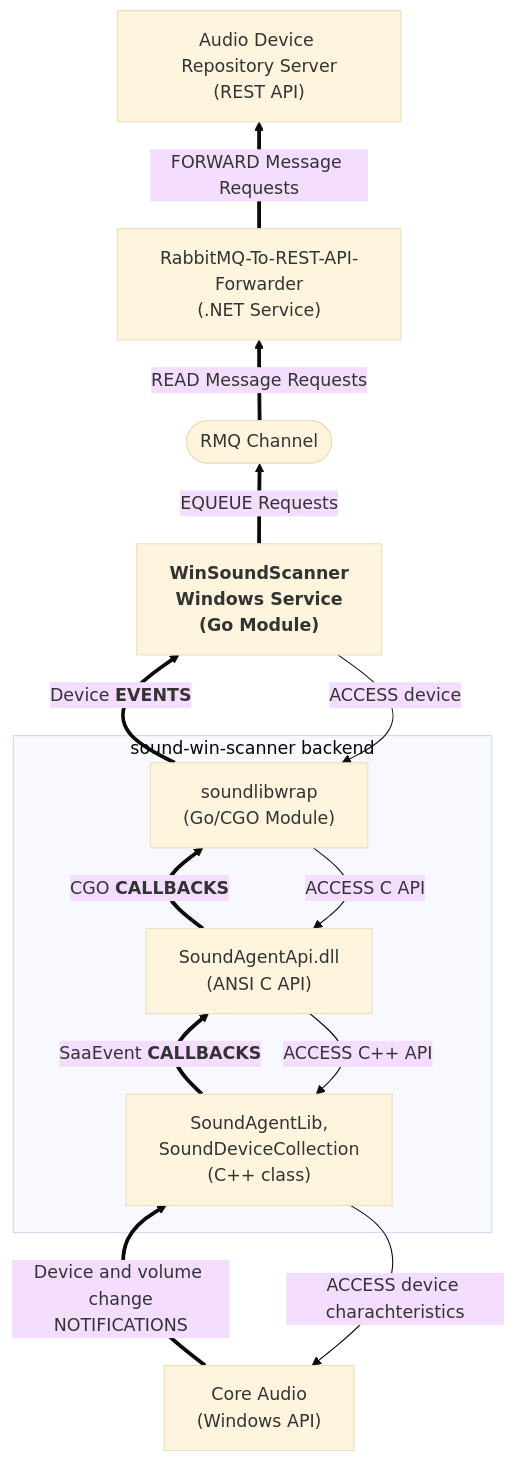
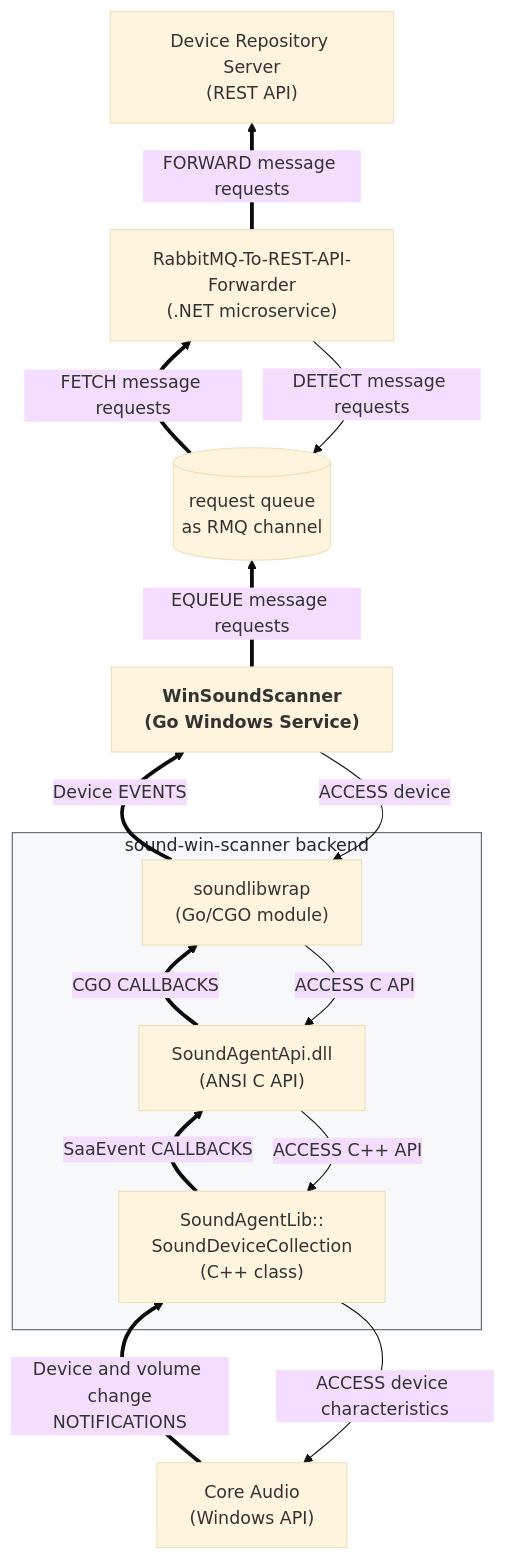
Before and after one commit to collect-sound-devices/win-sound-scanner-go: the diagram in docs/module-interaction02.mmd, drawn with Mermaid (base theme). The commit also changed 5 other files, not shown here.

Commit message:
refactor: update module interaction diagrams for clarity and consistency

```diff
--- a/docs/module-interaction02.mmd
+++ b/docs/module-interaction02.mmd
@@ -1,29 +1,35 @@
 flowchart BT
 
-  WIN["Core Audio<br>(Windows API)"]
+WIN["Core Audio<br>(Windows API)"]
 
-  subgraph BCK["sound-win-scanner backend"]
-	WRAP["soundlibwrap<br>(Go/CGO Module)"]
+subgraph BCK["sound-win-scanner backend"]
+	WRAP["soundlibwrap<br>(Go/CGO module)"]
 	DLL["SoundAgentApi.dll<br>(ANSI C API)"]
-	LIB["SoundAgentLib,<br>SoundDeviceCollection<br>(C++ class)"]
-  end
+	LIB["SoundAgentLib::<br>SoundDeviceCollection<br>(C++ class)"]
+end
+style BCK fill:#f6f8fa,stroke:#57606a,color:#24292f
 
-  APP["<b>WinSoundScanner<br>Windows Service<br>(Go Module)</b>"]
-  CHAN(["RMQ Channel"])
-  FWD["RabbitMQ-To-REST-API-Forwarder<br>(.NET Service)"]
-  API["Audio Device Repository Server<br>(REST API)"]
+WIN ==> |Device and volume change<br>NOTIFICATIONS| LIB
+LIB --> |ACCESS device characteristics| WIN
 
-  APP --> |ACCESS device| WRAP
-  WRAP ==> |Device <b>EVENTS</b>| APP 
 
-  WRAP --> |ACCESS C API| DLL
-  DLL --> |ACCESS C++ API| LIB
+APP["<b>WinSoundScanner<br>(Go Windows Service)</b>"]
+CHAN[("request queue<br>as RMQ channel")]
+FWD["RabbitMQ-To-REST-API-Forwarder<br>(.NET microservice)"]
+API["Device Repository Server<br>(REST API)"]
 
-  LIB ==>|SaaEvent <b>CALLBACKS</b>| DLL
-  DLL ==>|CGO <b>CALLBACKS</b>| WRAP
+APP --> |ACCESS device| WRAP
+WRAP ==> |Device EVENTS| APP 
 
-  WIN ==> |Device and volume change<br>NOTIFICATIONS| LIB
-  LIB --> |ACCESS device charachteristics| WIN
-  APP ==> |EQUEUE Requests| CHAN
-  CHAN ==> |READ Message Requests| FWD
-  FWD ==> |FORWARD Message Requests| API
+WRAP --> |ACCESS C API| DLL
+DLL --> |ACCESS C++ API| LIB
+
+LIB ==>|SaaEvent CALLBACKS| DLL
+DLL ==>|CGO CALLBACKS| WRAP
+
+APP ==> |EQUEUE message requests| CHAN
+
+CHAN ==> |FETCH message requests| FWD
+FWD --> |DETECT message requests| CHAN
+
+FWD ==> |FORWARD message requests| API
```
